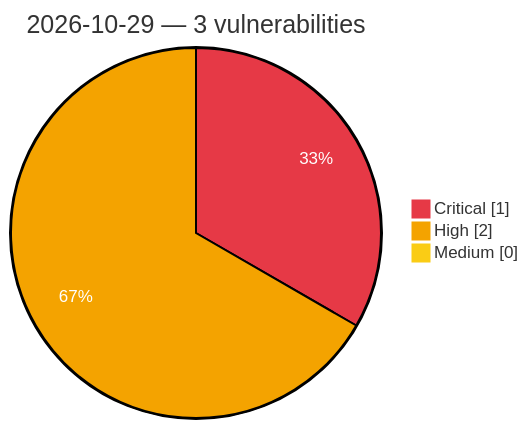
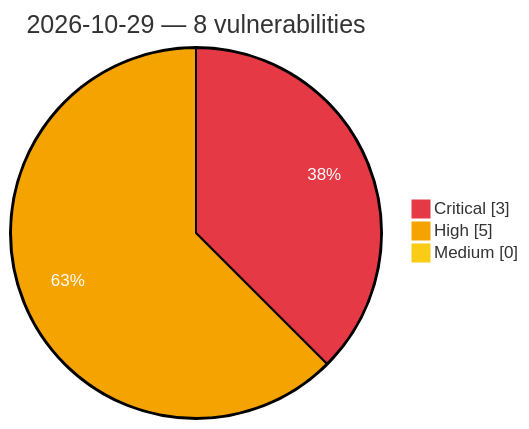
The diagram in vulnerabilities/2026/October/2026-10-29.md (GhostX0X/vuln-tracker), drawn with Mermaid before and after one commit. The commit also changed other lines of this file and 5 other files, not shown here.

Commit message:
Auto update: critical/high vulns (2026-10-29 09:19 UTC)

````diff
--- a/vulnerabilities/2026/October/2026-10-29.md
+++ b/vulnerabilities/2026/October/2026-10-29.md
@@ -3,8 +3,8 @@
 ```mermaid
 %%{init: {'theme':'base', 'themeVariables': {'pie1':'#e63946', 'pie2':'#f4a300', 'pie3':'#facc15', 'pieOpacity':'1', 'pieOuterStrokeWidth':'2px', 'pieSectionTextColor':'#ffffff'}}}%%
 pie showData
-    title 2026-10-29 — 3 vulnerabilities
-    "Critical" : 1
-    "High" : 2
+    title 2026-10-29 — 8 vulnerabilities
+    "Critical" : 3
+    "High" : 5
     "Medium" : 0
 ```
````
